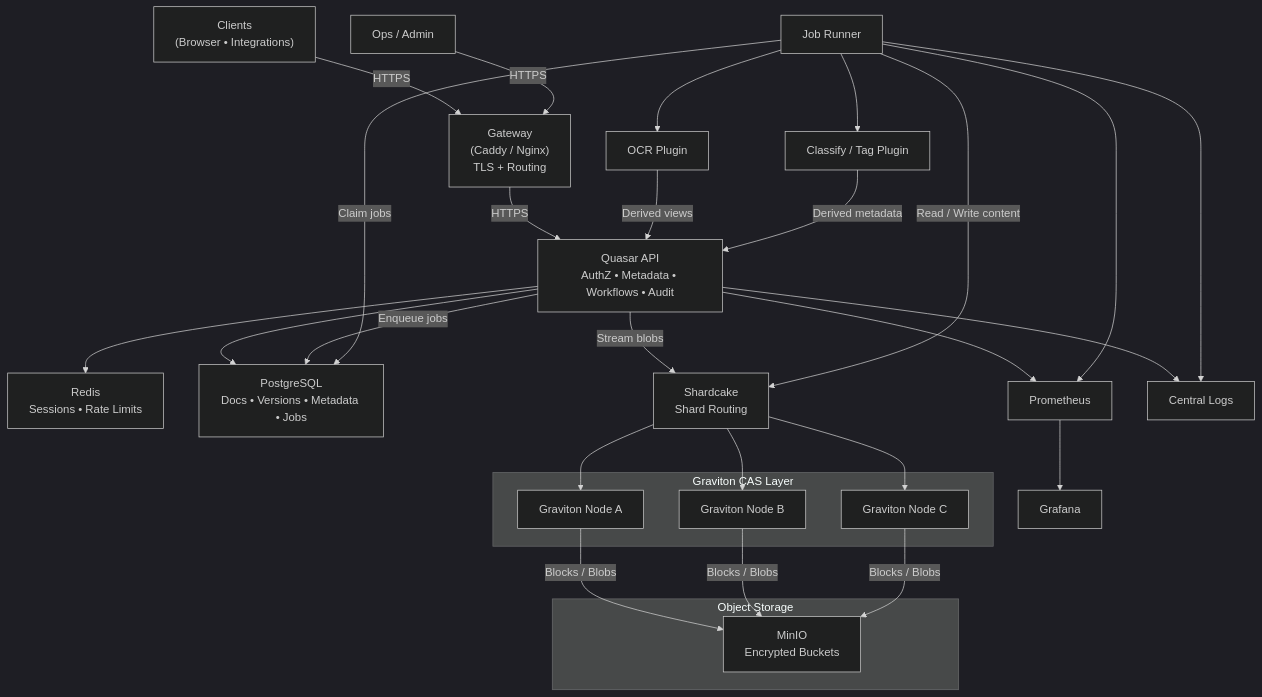
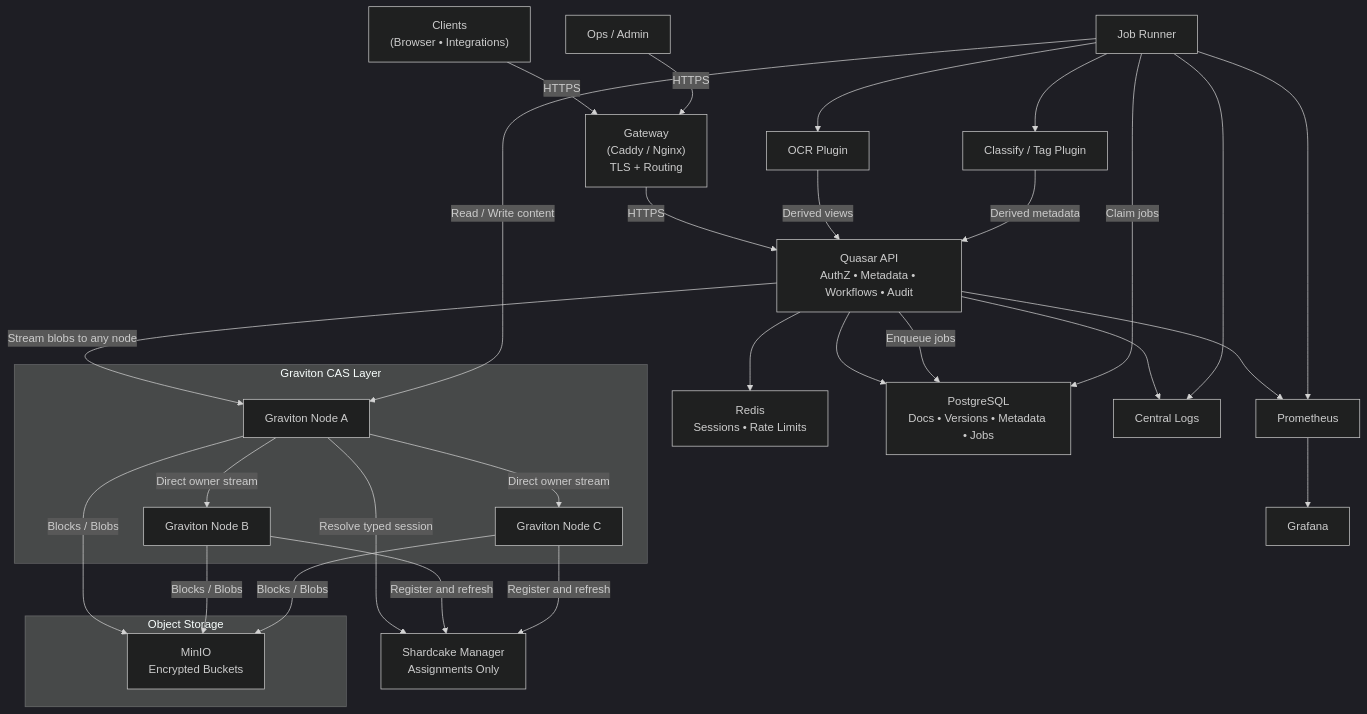
Before and after one commit to AdrielC/graviton: the second of 2 diagrams in docs/architecture.md, drawn with Mermaid (dark theme). The commit also changed other lines of this file and 62 other files, not shown here.

````diff
--- a/docs/architecture.md
+++ b/docs/architecture.md
@@ -77,77 +77,79 @@
 ```mermaid
 flowchart TB
   %% ===== Clients =====
   Clerk["Clients\n(Browser • Integrations)"]
   Admin["Ops / Admin"]
 
   %% ===== Edge =====
   GW["Gateway\n(Caddy / Nginx)\nTLS + Routing"]
 
   %% ===== Quasar =====
   QAPI["Quasar API\nAuthZ • Metadata • Workflows • Audit"]
   R["Redis\nSessions • Rate Limits"]
 
   %% ===== Database =====
   PG["PostgreSQL\nDocs • Versions • Metadata • Jobs"]
 
   %% ===== Storage Routing =====
-  SC["Shardcake\nShard Routing"]
+  SC["Shardcake Manager\nAssignments Only"]
 
   %% ===== CAS Layer =====
   subgraph Graviton["Graviton CAS Layer"]
     G1["Graviton Node A"]
     G2["Graviton Node B"]
     G3["Graviton Node C"]
   end
 
   %% ===== Object Storage =====
   subgraph ObjectStore["Object Storage"]
     MIO["MinIO\nEncrypted Buckets"]
   end
 
   %% ===== Jobs / Plugins =====
   JR["Job Runner"]
   OCR["OCR Plugin"]
   CLS["Classify / Tag Plugin"]
 
   %% ===== Observability =====
   P["Prometheus"]
   G["Grafana"]
   L["Central Logs"]
 
   %% ===== Client Flow =====
   Clerk -->|HTTPS| GW
   Admin -->|HTTPS| GW
   GW -->|HTTPS| QAPI
 
   %% ===== Core Dependencies =====
   QAPI --> PG
   QAPI --> R
 
   %% ===== Storage Flow =====
-  QAPI -->|Stream blobs| SC
-  SC --> G1
-  SC --> G2
-  SC --> G3
+  QAPI -->|Stream blobs to any node| G1
+  G1 -->|Resolve typed session| SC
+  G2 -->|Register and refresh| SC
+  G3 -->|Register and refresh| SC
+  G1 -->|Direct owner stream| G2
+  G1 -->|Direct owner stream| G3
 
   %% ===== CAS to Object Store =====
   G1 -->|Blocks / Blobs| MIO
   G2 -->|Blocks / Blobs| MIO
   G3 -->|Blocks / Blobs| MIO
 
   %% ===== Job Execution =====
   QAPI -->|Enqueue jobs| PG
   JR -->|Claim jobs| PG
-  JR -->|Read / Write content| SC
+  JR -->|Read / Write content| G1
   JR --> OCR
   JR --> CLS
   OCR -->|Derived views| QAPI
   CLS -->|Derived metadata| QAPI
 
   %% ===== Observability =====
   QAPI --> P
   JR --> P
   P --> G
   QAPI --> L
   JR --> L
 ```
````
